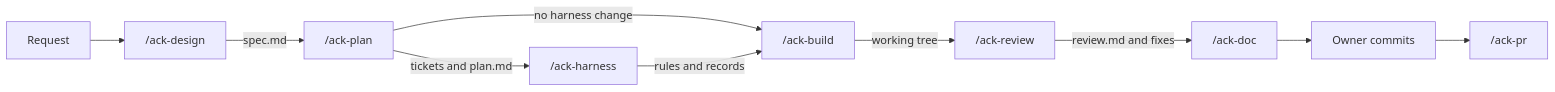
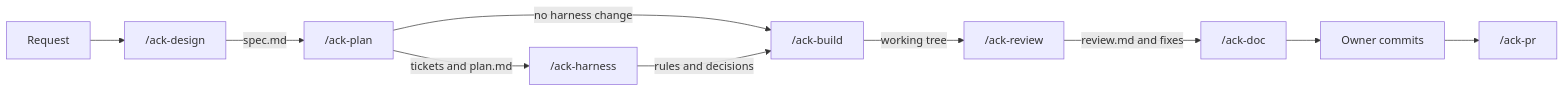
The diagram in docs/ai-harness.md (andrechristikan/ack-nestjs-boilerplate), drawn with Mermaid before and after one commit. The commit also changed other lines of this file and 147 other files, not shown here.

````diff
--- a/docs/ai-harness.md
+++ b/docs/ai-harness.md
@@ -45,12 +46,12 @@
 ```mermaid
 flowchart LR
     R[Request] --> D["/ack-design"]
     D -->|spec.md| P["/ack-plan"]
     P -->|tickets and plan.md| H["/ack-harness"]
     P -->|no harness change| B["/ack-build"]
-    H -->|rules and records| B
+    H -->|rules and decisions| B
     B -->|working tree| V["/ack-review"]
     V -->|review.md and fixes| DOC["/ack-doc"]
     DOC --> C[Owner commits]
     C --> PR["/ack-pr"]
 ```
````
